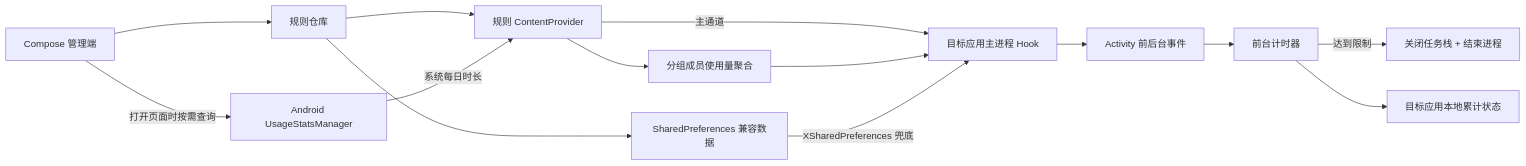
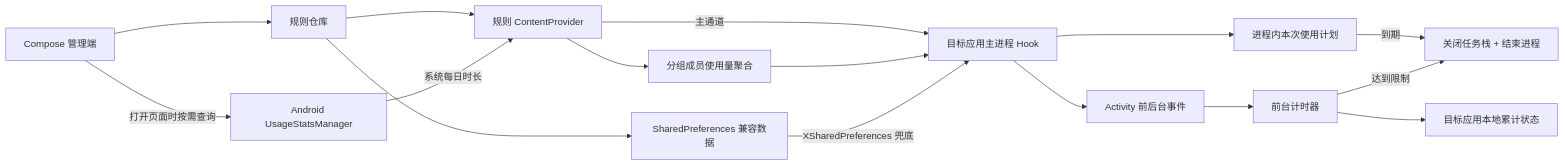
The second of 2 diagrams in README.md (Xposed-Modules-Repo/com.liuml.apptimelimiter), drawn with Mermaid before and after one commit. The commit also changed other lines of this file and 29 other files, not shown here.

````diff
--- a/README.md
+++ b/README.md
@@ -196,16 +212,18 @@
 ```mermaid
 flowchart LR
     UI["Compose 管理端"] --> Repo["规则仓库"]
     Repo --> Provider["规则 ContentProvider"]
     Repo --> Prefs["SharedPreferences 兼容数据"]
     Provider -->|"主通道"| Hook["目标应用主进程 Hook"]
     Provider --> Group["分组成员使用量聚合"]
     Group --> Hook
     Prefs -->|"XSharedPreferences 兜底"| Hook
     Hook --> Lifecycle["Activity 前后台事件"]
     Lifecycle --> Timer["前台计时器"]
+    Hook --> SessionPlan["进程内本次使用计划"]
+    SessionPlan -->|"到期"| Exit
     Timer -->|"达到限制"| Exit["关闭任务栈 + 结束进程"]
     Timer --> State["目标应用本地累计状态"]
     UI -->|"打开页面时按需查询"| UsageStats["Android UsageStatsManager"]
     UsageStats -->|"系统每日时长"| Provider
 ```
````
